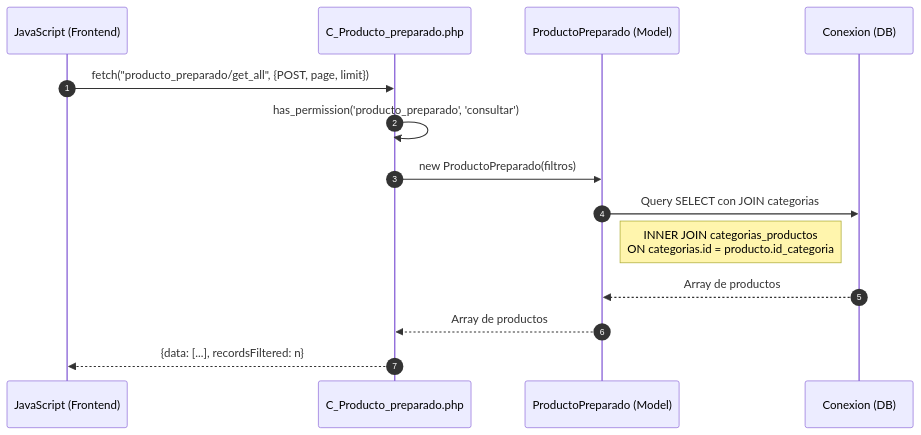
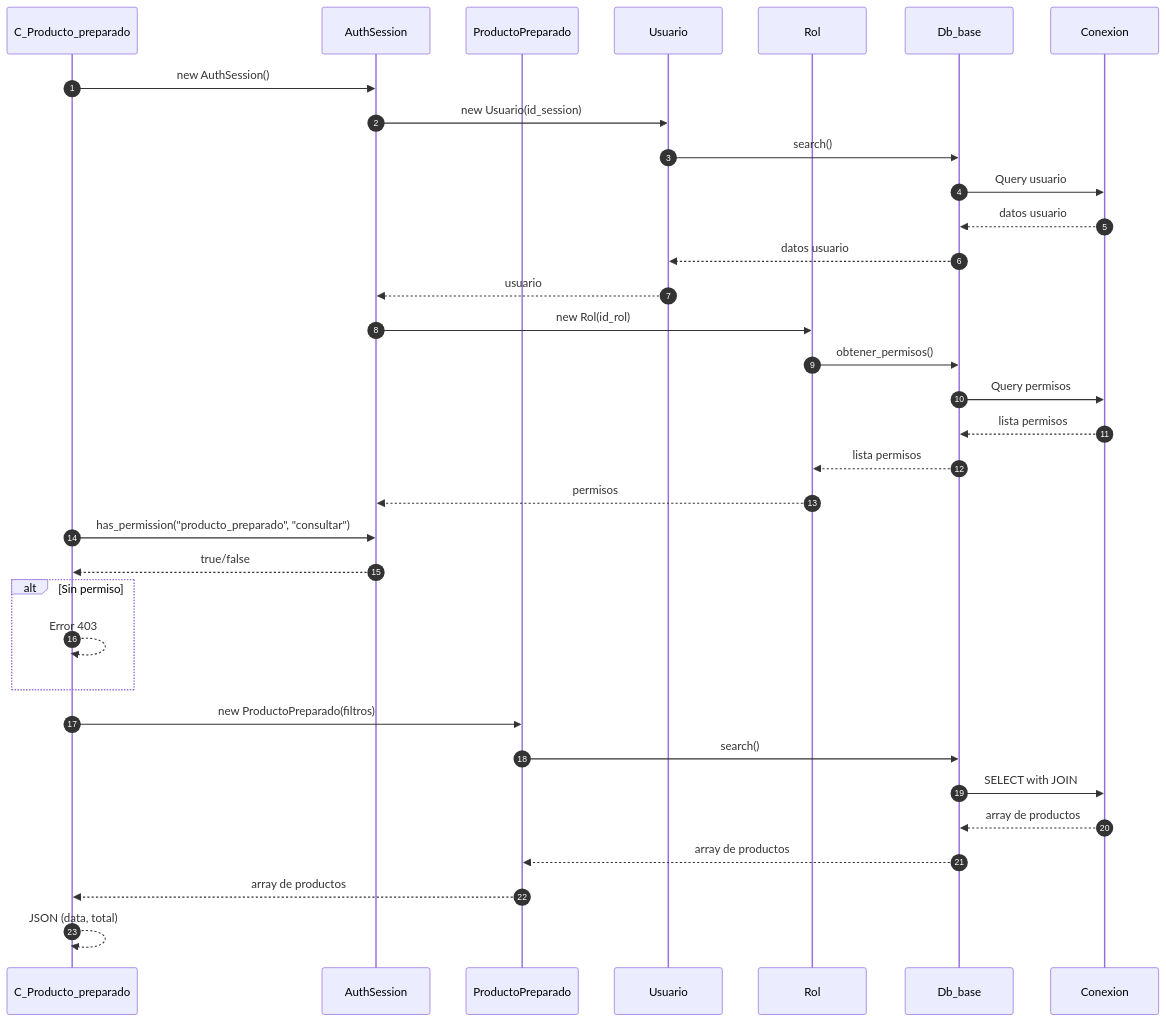
The second of 4 diagrams in docs/secuencia/productos/producto_preparado.md (Tecrato/BurgerHouse), drawn with Mermaid before and after one commit. The commit also changed other lines of this file and 13 other files, not shown here.

First line of the commit message:
diagramas actualizaos

````diff
--- a/docs/secuencia/productos/producto_preparado.md
+++ b/docs/secuencia/productos/producto_preparado.md
@@ -39,20 +51,42 @@
 ```mermaid
 sequenceDiagram
     autonumber
-    participant JS as JavaScript (Frontend)
-    participant C_Producto_preparado as C_Producto_preparado.php
-    participant ProductoPreparado as ProductoPreparado (Model)
-    participant DB as Conexion (DB)
+    participant C_Producto_preparado as C_Producto_preparado
+    participant AuthSession as AuthSession
+    participant ProductoPreparado as ProductoPreparado
+    participant Usuario as Usuario
+    participant Rol as Rol
+    participant Db_base as Db_base
+    participant Conexion as Conexion
     
-    JS->>C_Producto_preparado: fetch("producto_preparado/get_all", {POST, page, limit})
+    C_Producto_preparado->>AuthSession: new AuthSession()
+    AuthSession->>Usuario: new Usuario(id_session)
+    Usuario->>Db_base: search()
+    Db_base->>Conexion: Query usuario
+    Conexion-->>Db_base: datos usuario
+    Db_base-->>Usuario: datos usuario
+    Usuario-->>AuthSession: usuario
     
-    C_Producto_preparado->>C_Producto_preparado: has_permission('producto_preparado', 'consultar')
+    AuthSession->>Rol: new Rol(id_rol)
+    Rol->>Db_base: obtener_permisos()
+    Db_base->>Conexion: Query permisos
+    Conexion-->>Db_base: lista permisos
+    Db_base-->>Rol: lista permisos
+    Rol-->>AuthSession: permisos
+    
+    C_Producto_preparado->>AuthSession: has_permission("producto_preparado", "consultar")
+    AuthSession-->>C_Producto_preparado: true/false
+    
+    alt Sin permiso
+        C_Producto_preparado-->>C_Producto_preparado: Error 403
+    end
     
     C_Producto_preparado->>ProductoPreparado: new ProductoPreparado(filtros)
-    ProductoPreparado->>DB: Query SELECT con JOIN categorias
-    Note right of ProductoPreparado: INNER JOIN categorias_productos<br/>ON categorias.id = producto.id_categoria
-    DB-->>ProductoPreparado: Array de productos
-    ProductoPreparado-->>C_Producto_preparado: Array de productos
+    ProductoPreparado->>Db_base: search()
+    Db_base->>Conexion: SELECT with JOIN
+    Conexion-->>Db_base: array de productos
+    Db_base-->>ProductoPreparado: array de productos
+    ProductoPreparado-->>C_Producto_preparado: array de productos
     
-    C_Producto_preparado-->>JS: {data: [...], recordsFiltered: n}
+    C_Producto_preparado-->>C_Producto_preparado: JSON (data, total)
 ```
````
